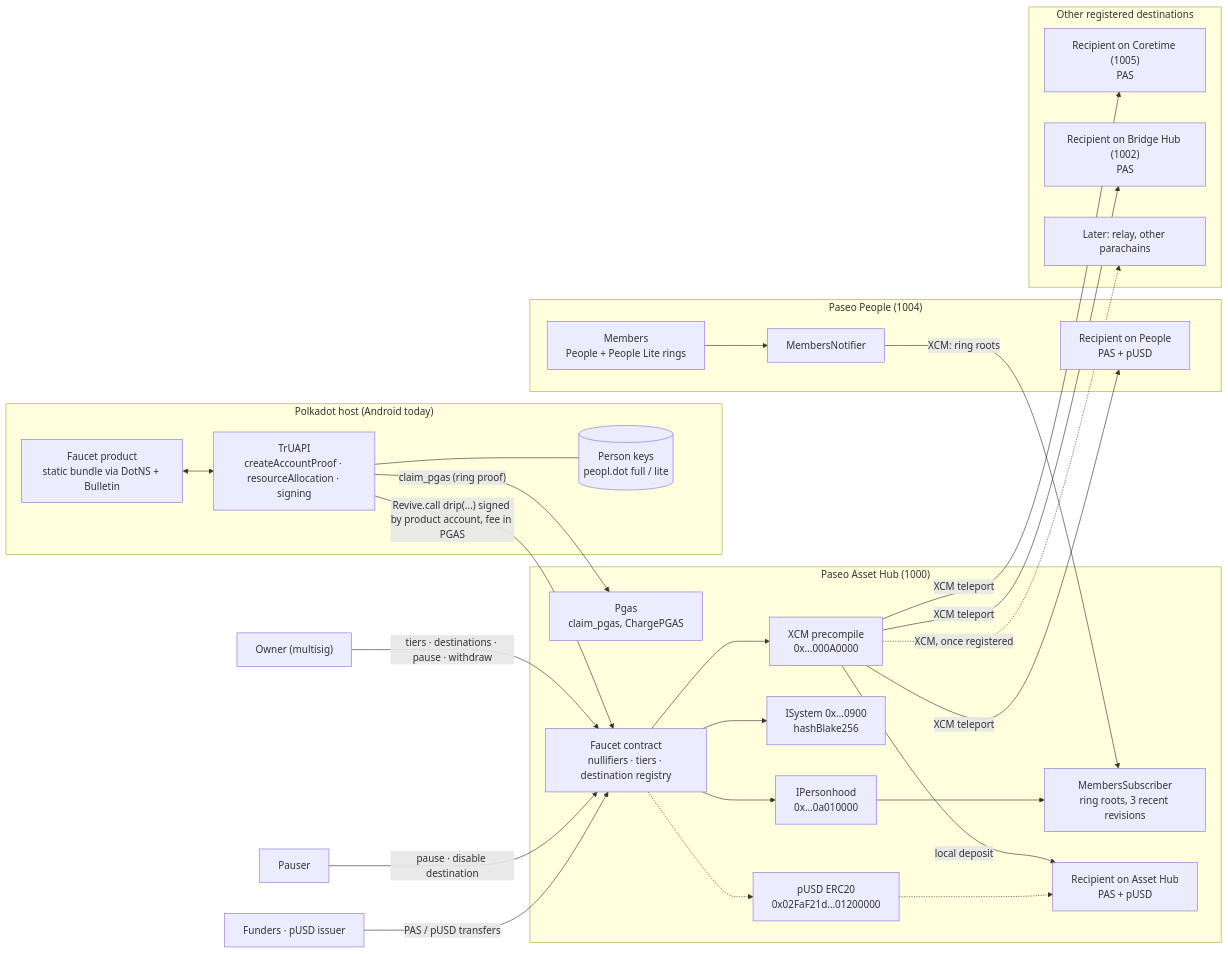
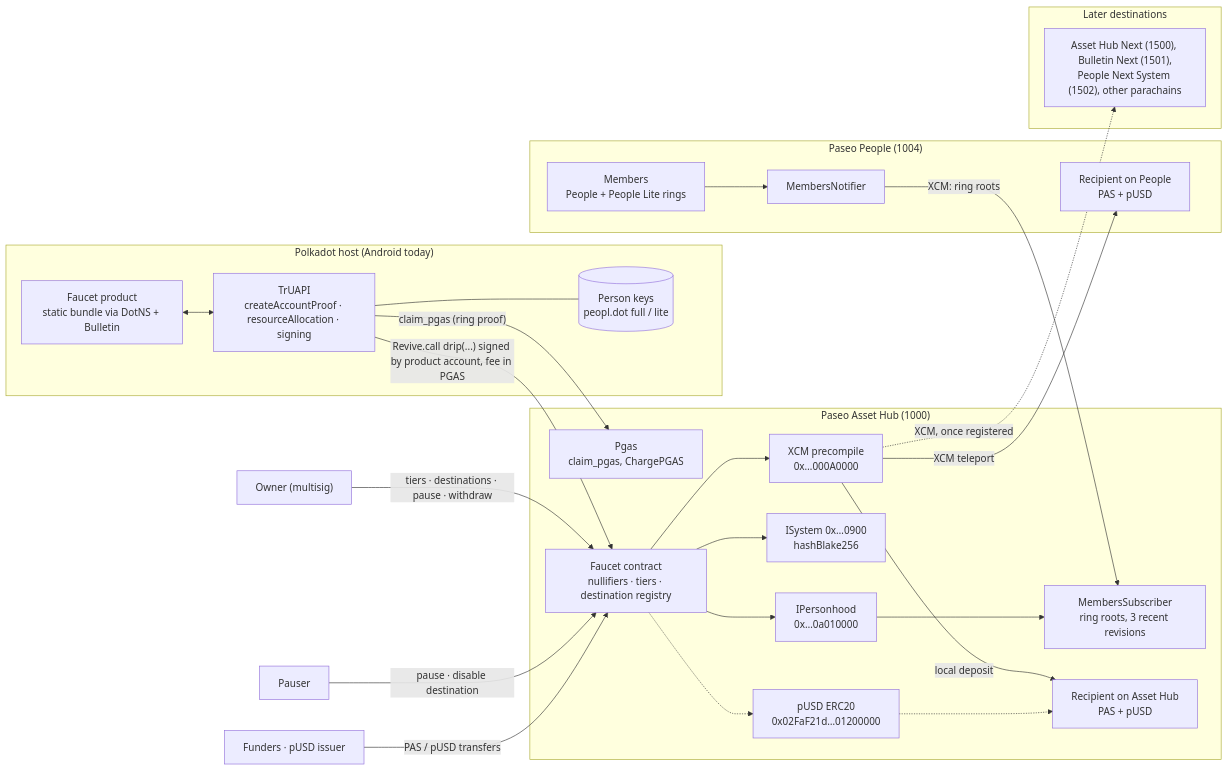
Before and after one commit to paseo-network/paseo-faucet: the first of 7 diagrams in docs/SPEC.md, drawn with Mermaid. The commit also changed other lines of this file and 3 other files, not shown here.

````diff
--- a/docs/SPEC.md
+++ b/docs/SPEC.md
@@ -139,50 +151,46 @@
 ```mermaid
 flowchart LR
   subgraph Host["Polkadot host (Android today)"]
     UI["Faucet product<br/>static bundle via DotNS + Bulletin"]
     HAPI["TrUAPI<br/>createAccountProof · resourceAllocation · signing"]
     KEYS[("Person keys<br/>peopl.dot full / lite")]
     UI <--> HAPI
     HAPI --- KEYS
   end
 
   subgraph People["Paseo People (1004)"]
     MEM["Members<br/>People + People Lite rings"]
     NOT["MembersNotifier"]
     RPP["Recipient on People<br/>PAS + pUSD"]
     MEM --> NOT
   end
 
   subgraph AH["Paseo Asset Hub (1000)"]
     SUB["MembersSubscriber<br/>ring roots, 3 recent revisions"]
     PGAS["Pgas<br/>claim_pgas, ChargePGAS"]
     FC["Faucet contract<br/>nullifiers · tiers · destination registry"]
     PP["IPersonhood<br/>0x…0a010000"]
     SYS["ISystem 0x…0900<br/>hashBlake256"]
     XCMP["XCM precompile<br/>0x…000A0000"]
     ERC["pUSD ERC20<br/>0x02FaF21d…01200000"]
     RCP["Recipient on Asset Hub<br/>PAS + pUSD"]
     FC --> PP --> SUB
     FC --> SYS
     FC --> XCMP -- "local deposit" --> RCP
     FC -.-> ERC -.-> RCP
   end
 
-  subgraph More["Other registered destinations"]
-    RCT["Recipient on Coretime (1005)<br/>PAS"]
-    RBH["Recipient on Bridge Hub (1002)<br/>PAS"]
-    RNX["Later: relay, other parachains"]
+  subgraph More["Later destinations"]
+    RNX["Asset Hub Next (1500), Bulletin Next (1501),<br/>People Next System (1502), other parachains"]
   end
 
   NOT -- "XCM: ring roots" --> SUB
   XCMP -- "XCM teleport" --> RPP
-  XCMP -- "XCM teleport" --> RCT
-  XCMP -- "XCM teleport" --> RBH
   XCMP -. "XCM, once registered" .-> RNX
   HAPI -- "claim_pgas (ring proof)" --> PGAS
   HAPI -- "Revive.call drip(...) signed by product account, fee in PGAS" --> FC
 
   OWN["Owner (multisig)"] -- "tiers · destinations · pause · withdraw" --> FC
   PAU["Pauser"] -- "pause · disable destination" --> FC
   FUND["Funders · pUSD issuer"] -- "PAS / pUSD transfers" --> FC
 ```
````
